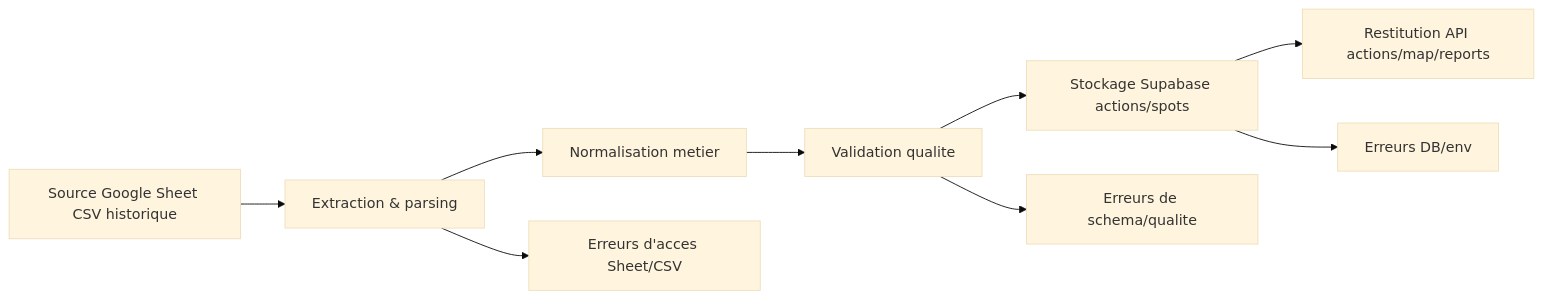
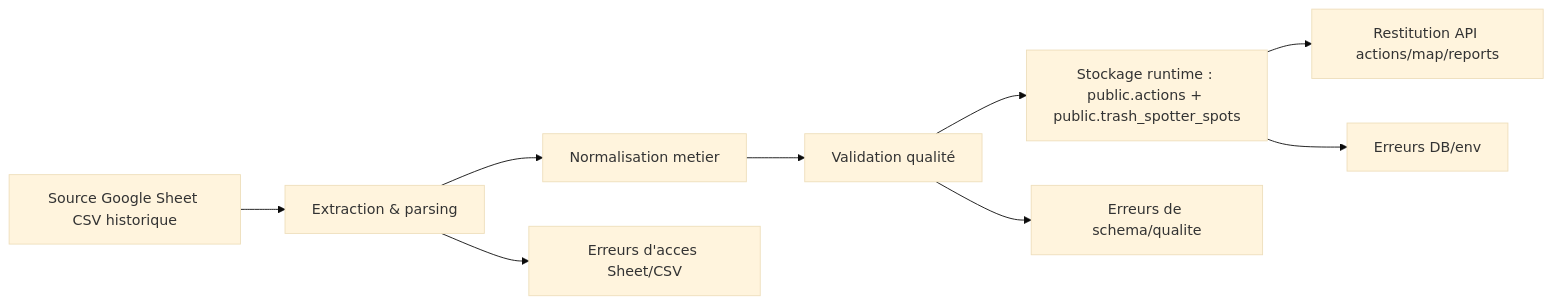
Before and after one commit to maxd4/CleanmyMap: the first of 4 diagrams in documentation/operations/data-import/pipeline-import.md, drawn with Mermaid (base theme). The commit also changed other lines of this file and 1 other file, not shown here.

````diff
--- a/documentation/operations/data-import/pipeline-import.md
+++ b/documentation/operations/data-import/pipeline-import.md
@@ -4,11 +4,11 @@
 ```mermaid
 flowchart LR
   S1[Source Google Sheet CSV historique] --> N1[Extraction & parsing]
   N1 --> N2[Normalisation metier]
-  N2 --> N3[Validation qualite]
-  N3 --> ST1[Stockage Supabase actions/spots]
+  N2 --> N3[Validation qualité]
+  N3 --> ST1[Stockage runtime : public.actions + public.trash_spotter_spots]
   ST1 --> R1[Restitution API actions/map/reports]
   N3 --> E1[Erreurs de schema/qualite]
   N1 --> E2[Erreurs d'acces Sheet/CSV]
   ST1 --> E3[Erreurs DB/env]
 ```
````
